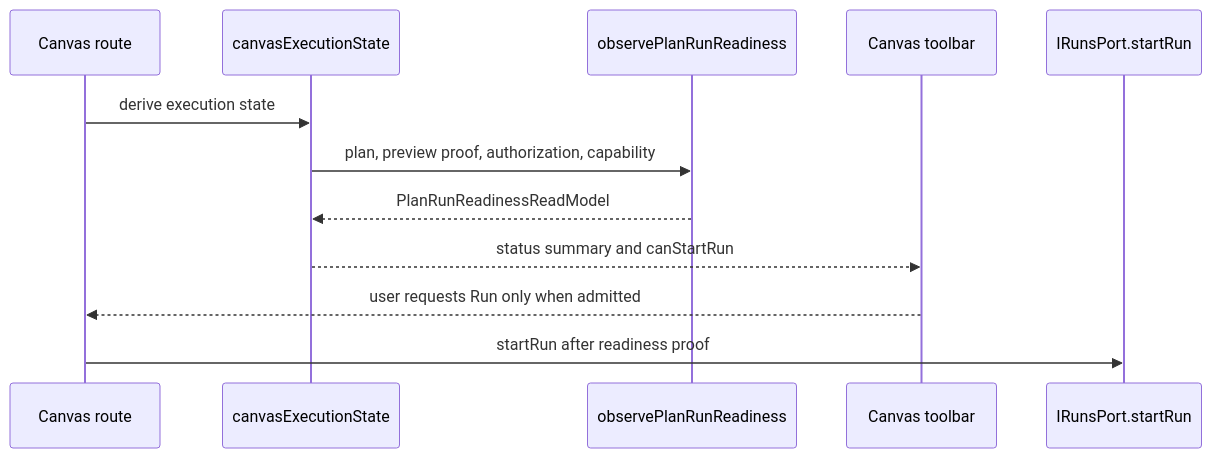
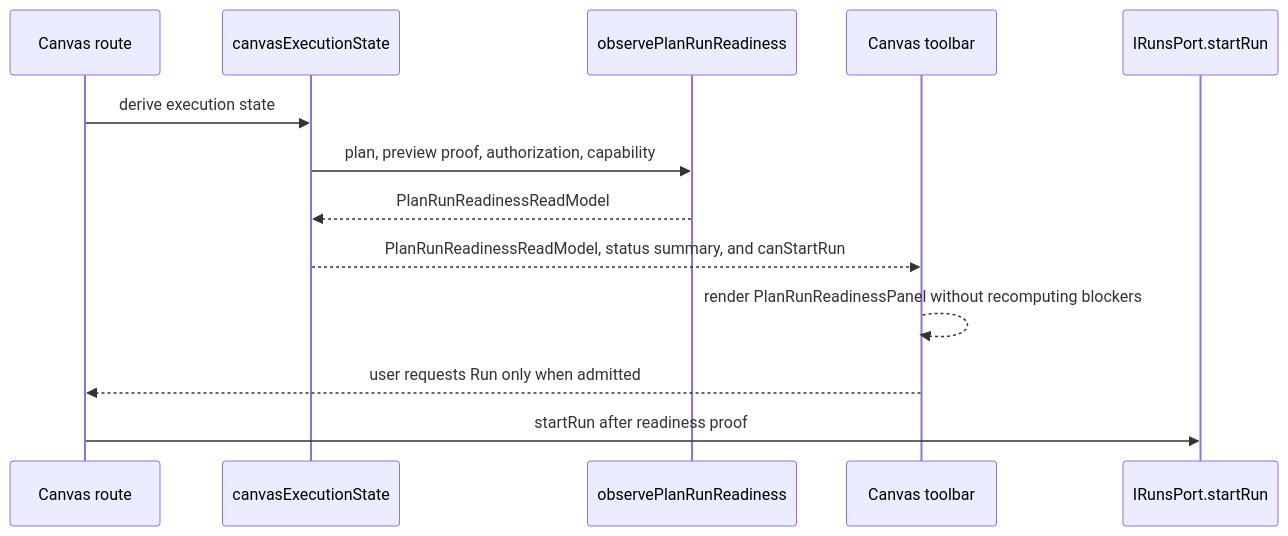
Before and after one commit to dunay2/dvt: the third of 3 diagrams in docs/architecture/components/web/graph/canvas-plan-run-readiness-component.md, drawn with Mermaid. The commit also changed other lines of this file and 27 other files, not shown here.

Commit message:
feat(web): Expose canvas run readiness diagnostics

````diff
--- a/docs/architecture/components/web/graph/canvas-plan-run-readiness-component.md
+++ b/docs/architecture/components/web/graph/canvas-plan-run-readiness-component.md
@@ -109,15 +112,16 @@
 ```mermaid
 sequenceDiagram
   participant Canvas as Canvas route
   participant State as canvasExecutionState
   participant Readiness as observePlanRunReadiness
   participant Toolbar as Canvas toolbar
   participant Runs as IRunsPort.startRun
 
   Canvas->>State: derive execution state
   State->>Readiness: plan, preview proof, authorization, capability
   Readiness-->>State: PlanRunReadinessReadModel
-  State-->>Toolbar: status summary and canStartRun
+  State-->>Toolbar: PlanRunReadinessReadModel, status summary, and canStartRun
+  Toolbar-->>Toolbar: render PlanRunReadinessPanel without recomputing blockers
   Toolbar-->>Canvas: user requests Run only when admitted
   Canvas->>Runs: startRun after readiness proof
 ```
````
